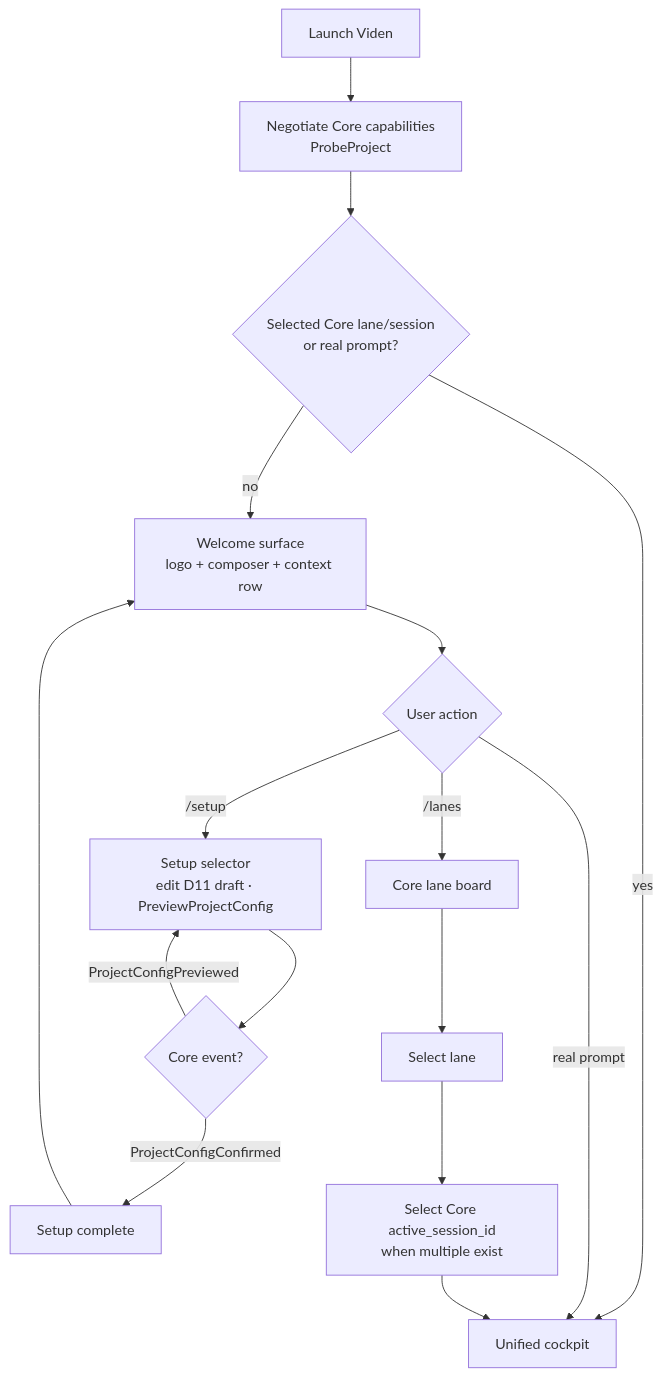
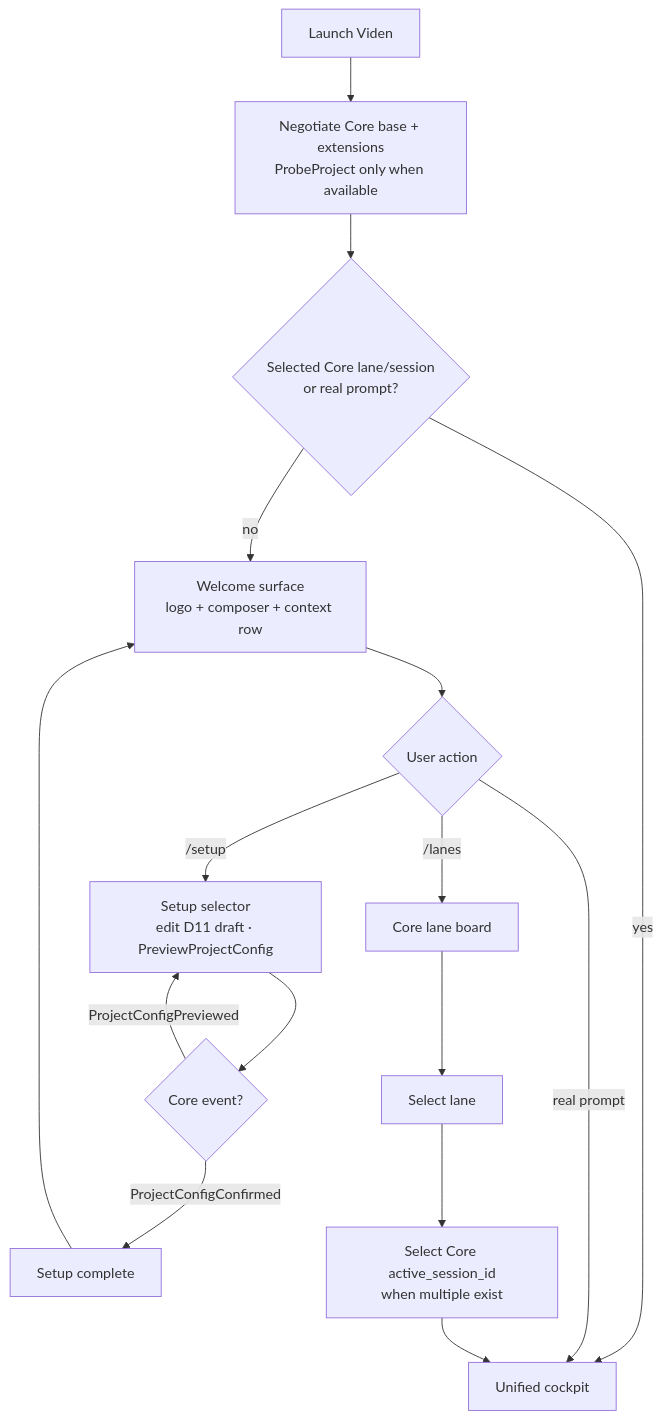
One commit to wikieden/robocode changed the fourth of 10 diagrams in docs/tui-interaction-flow-design.md. Above: the diagram before and after it, drawn with Mermaid. The commit also changed other lines of this file and 20 other files, not shown here.

````diff
--- a/docs/tui-interaction-flow-design.md
+++ b/docs/tui-interaction-flow-design.md
@@ -163,20 +184,20 @@
 ```mermaid
 flowchart TD
-    A["Launch Viden"] --> B["Negotiate Core capabilities<br/>ProbeProject"]
+    A["Launch Viden"] --> B["Negotiate Core base + extensions<br/>ProbeProject only when available"]
     B --> C{"Selected Core lane/session<br/>or real prompt?"}
     C -->|no| D["Welcome surface<br/>logo + composer + context row"]
     C -->|yes| E["Unified cockpit"]
 
     D --> F{"User action"}
     F -->|/setup| G["Setup selector<br/>edit D11 draft · PreviewProjectConfig"]
     F -->|/lanes| H["Core lane board"]
     F -->|real prompt| E
 
     G --> I{"Core event?"}
     I -->|ProjectConfigPreviewed| G
     I -->|ProjectConfigConfirmed| J["Setup complete"]
     J --> D
     H --> K["Select lane"]
     K --> L["Select Core active_session_id<br/>when multiple exist"]
     L --> E
 ```
````
